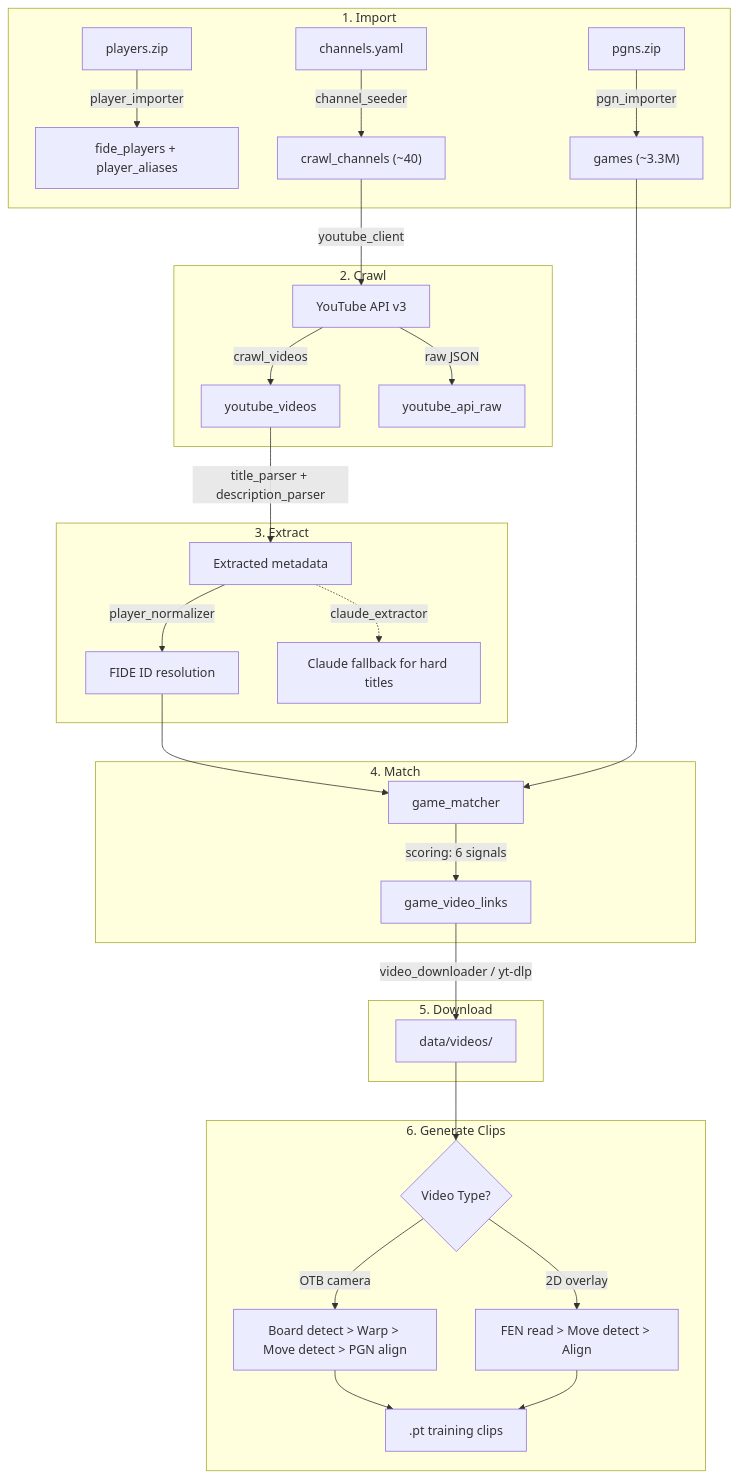
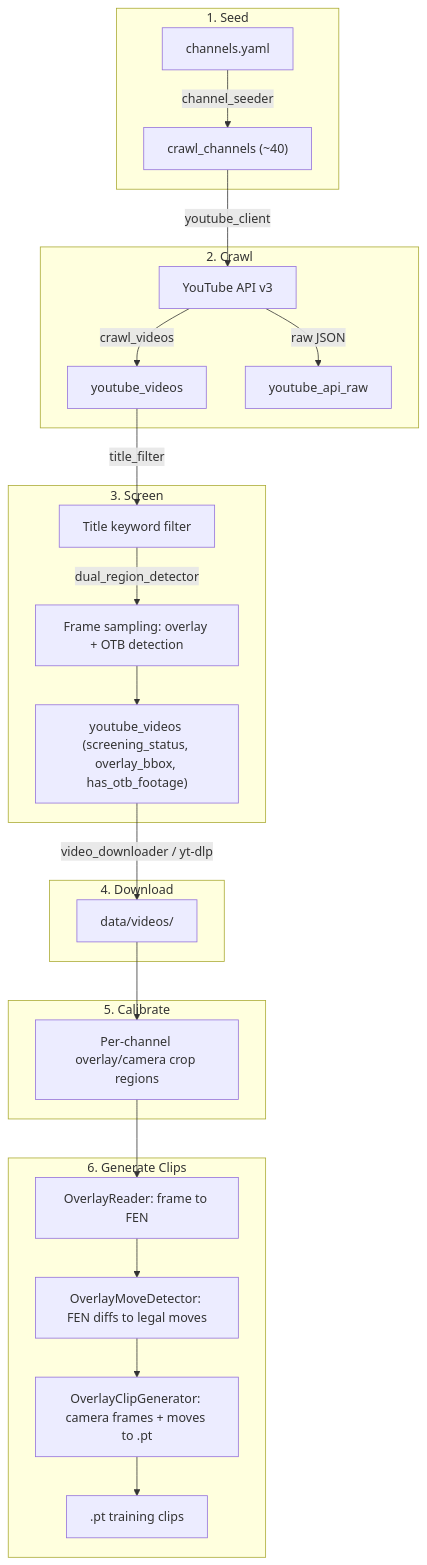
One commit to dscape/argus changed the third of 8 diagrams in README.md. Above: the diagram before and after it, drawn with Mermaid. The commit also changed other lines of this file and 48 other files, not shown here.

First line of the commit message:
Simplify pipeline: remove extraction, matching, and OTB clip generation

````diff
--- a/README.md
+++ b/README.md
@@ -203,38 +200,33 @@
 ```mermaid
 graph TD
-    subgraph "1. Import"
-        P[players.zip] -->|player_importer| DB_P[fide_players + player_aliases]
-        G[pgns.zip] -->|pgn_importer| DB_G["games (~3.3M)"]
+    subgraph "1. Seed"
         CH[channels.yaml] -->|channel_seeder| DB_CH["crawl_channels (~40)"]
     end
 
     subgraph "2. Crawl"
         DB_CH -->|youtube_client| YT[YouTube API v3]
         YT -->|crawl_videos| DB_V[youtube_videos]
         YT -->|raw JSON| DB_R[youtube_api_raw]
     end
 
-    subgraph "3. Extract"
-        DB_V -->|title_parser + description_parser| META[Extracted metadata]
-        META -->|player_normalizer| FIDE[FIDE ID resolution]
-        META -.->|claude_extractor| CLAUDE[Claude fallback for hard titles]
+    subgraph "3. Screen"
+        DB_V -->|title_filter| TF[Title keyword filter]
+        TF -->|dual_region_detector| DRD["Frame sampling: overlay + OTB detection"]
+        DRD --> DB_S["youtube_videos (screening_status, overlay_bbox, has_otb_footage)"]
     end
 
-    subgraph "4. Match"
-        FIDE --> MATCH[game_matcher]
-        DB_G --> MATCH
-        MATCH -->|scoring: 6 signals| DB_L[game_video_links]
+    subgraph "4. Download"
+        DB_S -->|video_downloader / yt-dlp| VID["data/videos/"]
     end
 
-    subgraph "5. Download"
-        DB_L -->|video_downloader / yt-dlp| VID["data/videos/"]
+    subgraph "5. Calibrate"
+        VID --> CAL["Per-channel overlay/camera crop regions"]
     end
 
     subgraph "6. Generate Clips"
-        VID --> OTB{Video Type?}
-        OTB -->|OTB camera| CLIP_OTB["Board detect > Warp > Move detect > PGN align"]
-        OTB -->|2D overlay| CLIP_OVR["FEN read > Move detect > Align"]
-        CLIP_OTB --> PT[.pt training clips]
-        CLIP_OVR --> PT
+        CAL --> READ["OverlayReader: frame to FEN"]
+        READ --> MOVE["OverlayMoveDetector: FEN diffs to legal moves"]
+        MOVE --> CLIP["OverlayClipGenerator: camera frames + moves to .pt"]
+        CLIP --> PT[.pt training clips]
     end
 ```
````
